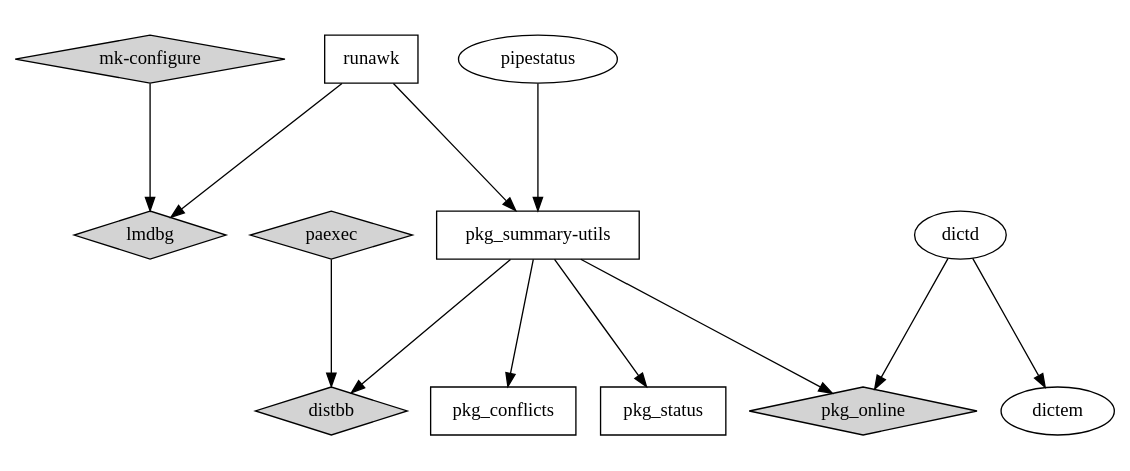
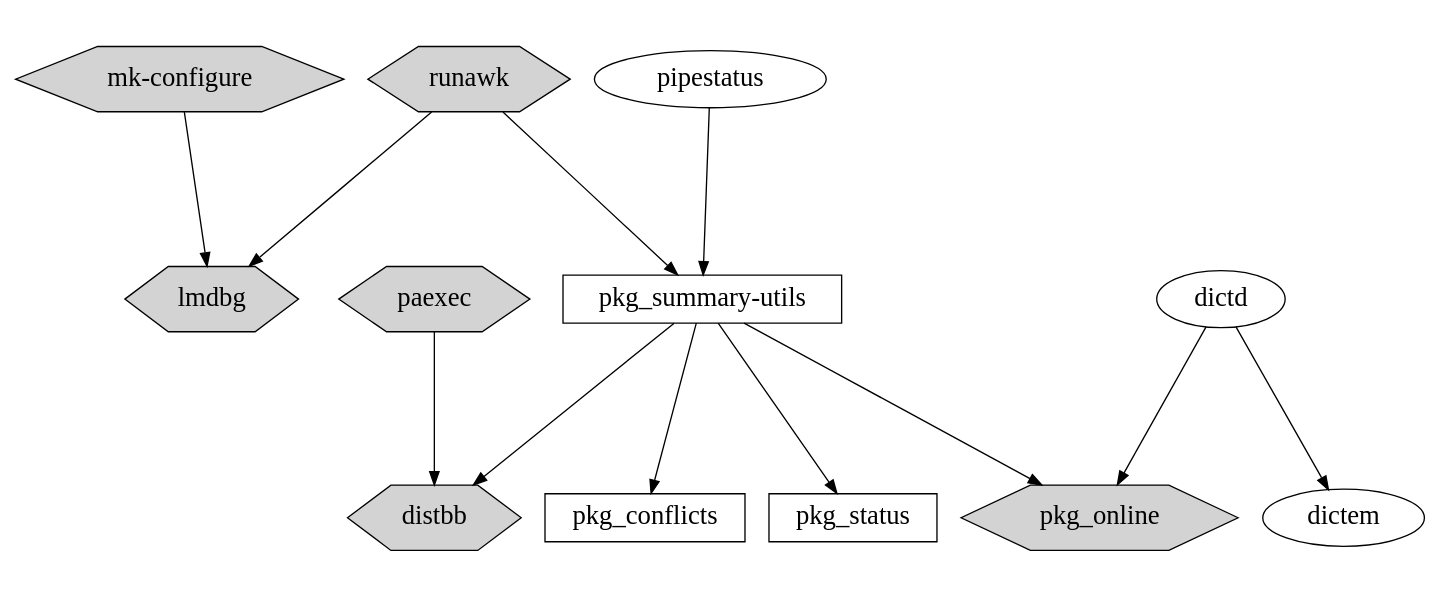
The diagram in doc/my_prjs.dot (cheusov/mk-configure), drawn with Graphviz before and after one commit. The commit also changed 2 other files, not shown here.

```diff
--- a/doc/my_prjs.dot
+++ b/doc/my_prjs.dot
@@ -1,32 +1,33 @@
 digraph FSA {
  graph [ ratio=compress layout=dot rankdir=UB ratio=0.4 ];
 
- node [ shape = diamond style=filled fonsize=18 ];
+ node [ shape = hexagon style=filled fontsize=20 ];
 
    "mk-configure" -> "lmdbg";
    "paexec";
    "distbb";
    "pkg_online";
+   "runawk";
 
  node [ shape = oval style=solid ];
 
    "dictd";
    "dictem";
 
  node [ shape = box ];
 
    "runawk"            -> "pkg_summary-utils";
    "runawk"            -> "lmdbg";
    "pkg_summary-utils" -> "distbb";
    "paexec"            -> "distbb";
    "dictd"             -> "dictem";
    "pkg_summary-utils" -> "pkg_online";
    "pkg_summary-utils" -> "pkg_conflicts";
    "pkg_summary-utils" -> "pkg_status";
 
  node [ shape = oval style=solid ];
 
    "dictd" -> "pkg_online";
    "pipestatus" -> "pkg_summary-utils";
 
 }
```
